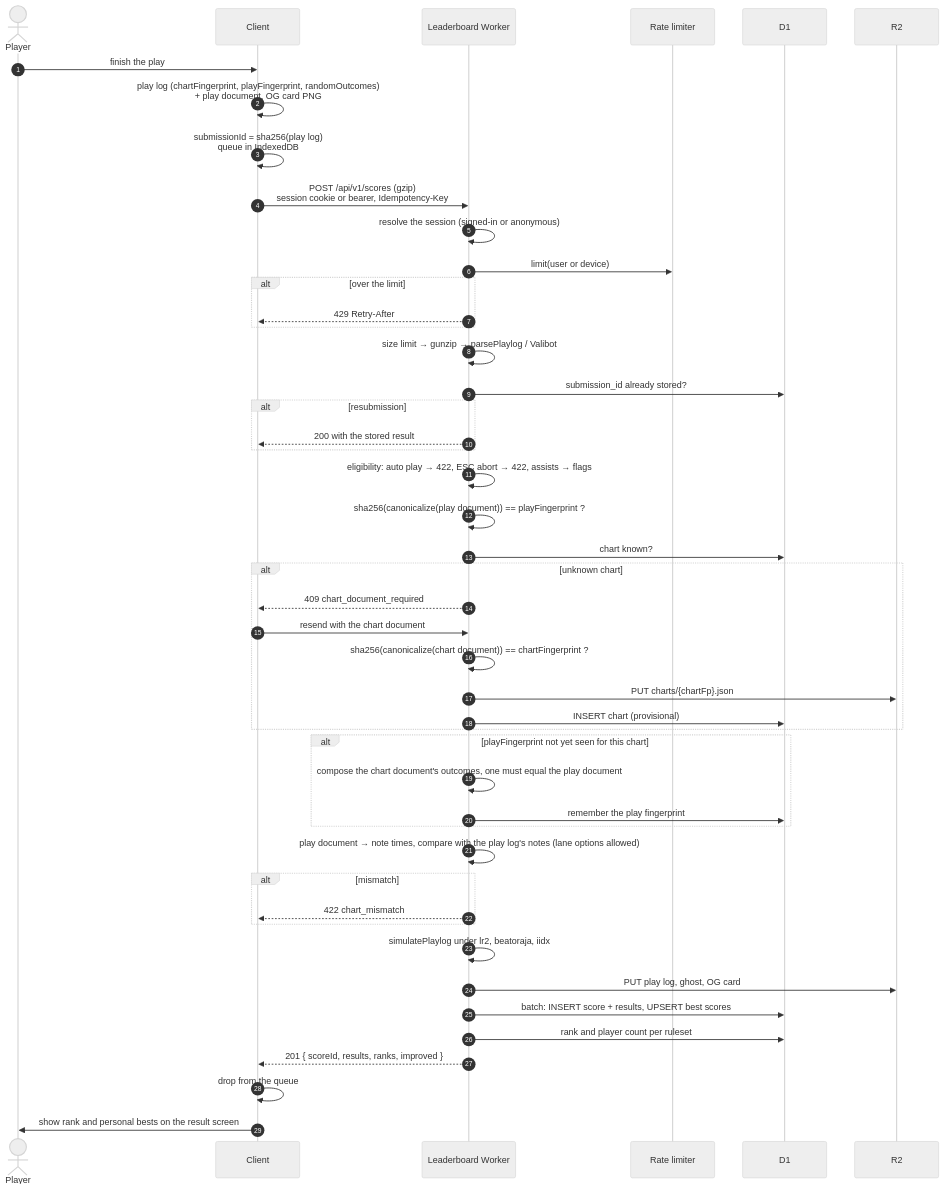
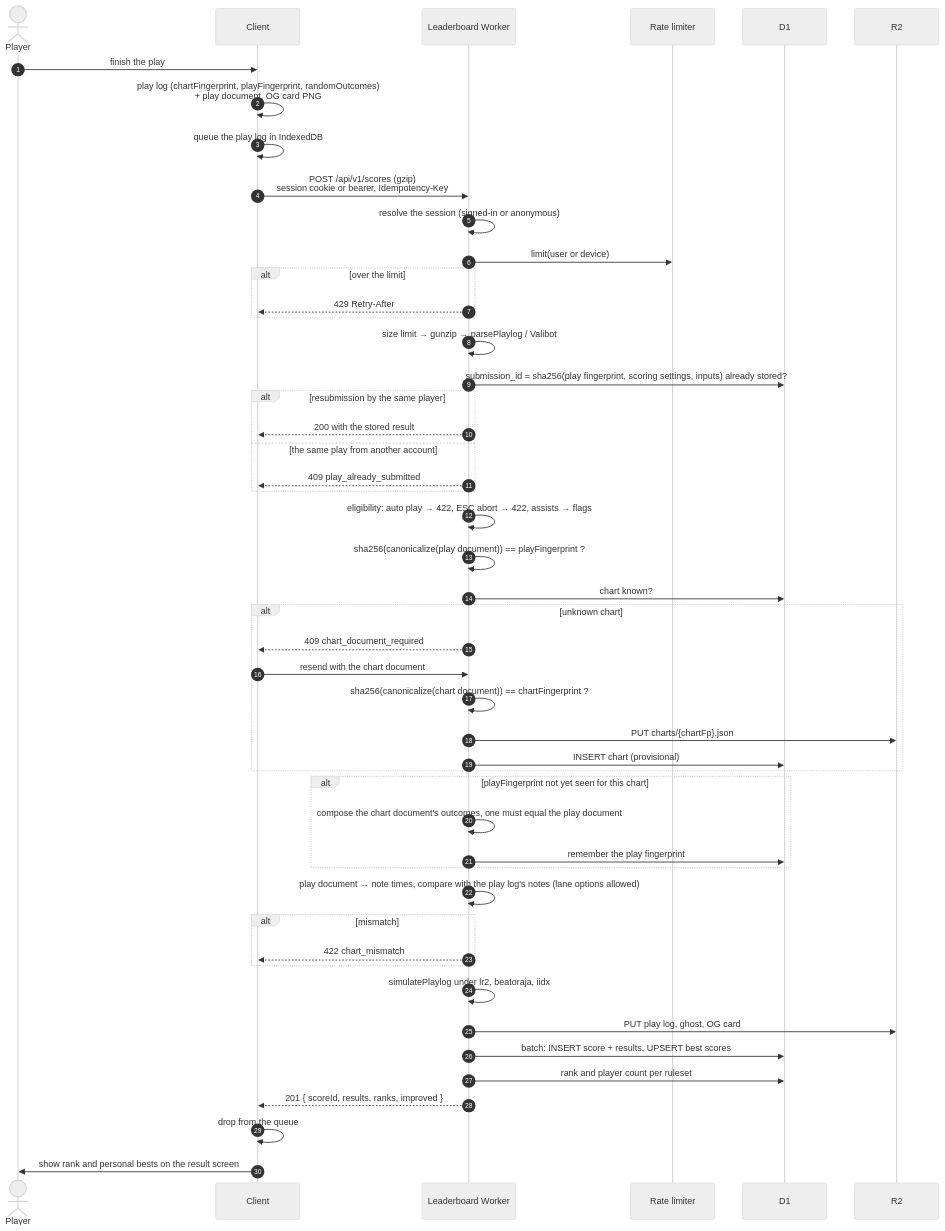
The diagram in docs/leaderboard.md (nulltask/be-music), drawn with Mermaid (neutral theme) before and after one commit. The commit also changed other lines of this file and 1 other file, not shown here.

First line of the commit message:
docs: record the implemented Leaderboard core and the play identity [ci skip]

````diff
--- a/docs/leaderboard.md
+++ b/docs/leaderboard.md
@@ -130,50 +132,52 @@
 ```mermaid
 sequenceDiagram
     autonumber
     actor P as Player
     participant C as Client
     participant A as Leaderboard Worker
     participant RL as Rate limiter
     participant D as D1
     participant R as R2
 
     P->>C: finish the play
     C->>C: play log (chartFingerprint, playFingerprint, randomOutcomes)<br/>+ play document, OG card PNG
-    C->>C: submissionId = sha256(play log)<br/>queue in IndexedDB
+    C->>C: queue the play log in IndexedDB
     C->>A: POST /api/v1/scores (gzip)<br/>session cookie or bearer, Idempotency-Key
     A->>A: resolve the session (signed-in or anonymous)
     A->>RL: limit(user or device)
     alt over the limit
         A-->>C: 429 Retry-After
     end
     A->>A: size limit → gunzip → parsePlaylog / Valibot
-    A->>D: submission_id already stored?
-    alt resubmission
+    A->>D: submission_id = sha256(play fingerprint, scoring settings, inputs) already stored?
+    alt resubmission by the same player
         A-->>C: 200 with the stored result
+    else the same play from another account
+        A-->>C: 409 play_already_submitted
     end
     A->>A: eligibility: auto play → 422, ESC abort → 422, assists → flags
     A->>A: sha256(canonicalize(play document)) == playFingerprint ?
     A->>D: chart known?
     alt unknown chart
         A-->>C: 409 chart_document_required
         C->>A: resend with the chart document
         A->>A: sha256(canonicalize(chart document)) == chartFingerprint ?
         A->>R: PUT charts/{chartFp}.json
         A->>D: INSERT chart (provisional)
     end
     alt playFingerprint not yet seen for this chart
         A->>A: compose the chart document's outcomes, one must equal the play document
         A->>D: remember the play fingerprint
     end
     A->>A: play document → note times, compare with the play log's notes (lane options allowed)
     alt mismatch
         A-->>C: 422 chart_mismatch
     end
     A->>A: simulatePlaylog under lr2, beatoraja, iidx
     A->>R: PUT play log, ghost, OG card
     A->>D: batch: INSERT score + results, UPSERT best scores
     A->>D: rank and player count per ruleset
     A-->>C: 201 { scoreId, results, ranks, improved }
     C->>C: drop from the queue
     C->>P: show rank and personal bests on the result screen
 ```
````
